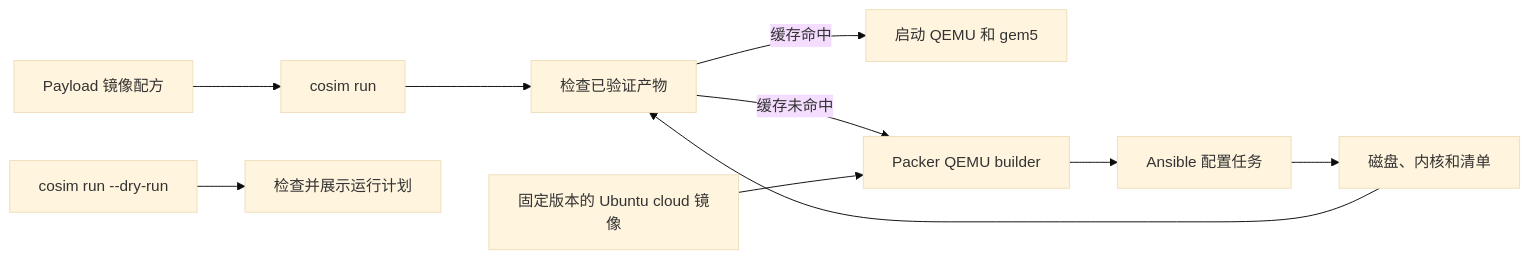
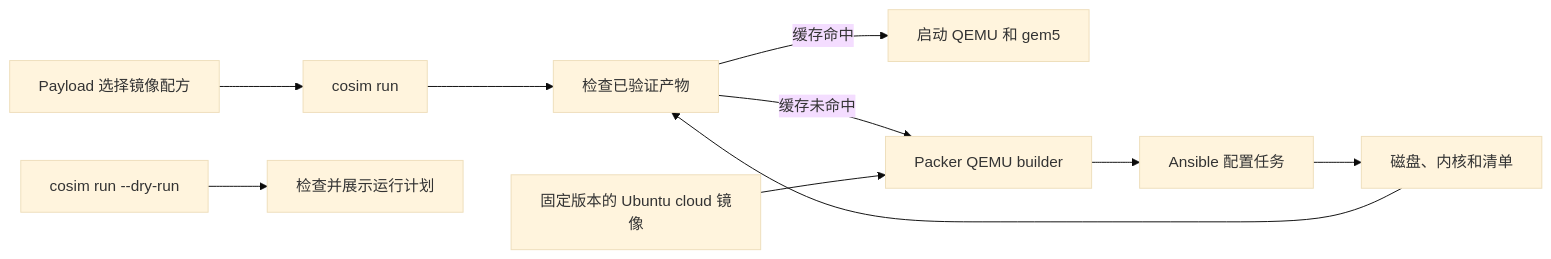
The diagram in docs/zh/rocm-image.md (chengchen512/cosim-gpu), drawn with Mermaid (base theme) before and after one commit. The commit also changed other lines of this file and 20 other files, not shown here.

````diff
--- a/docs/zh/rocm-image.md
+++ b/docs/zh/rocm-image.md
@@ -14,12 +14,12 @@
 ```mermaid
 flowchart LR
-    Y[Payload 镜像配方] --> C[cosim run]
+    Y[Payload 选择镜像配方] --> C[cosim run]
     C --> V[检查已验证产物]
     V -->|缓存命中| Q[启动 QEMU 和 gem5]
     V -->|缓存未命中| P[Packer QEMU builder]
     B[固定版本的 Ubuntu cloud 镜像] --> P
     P --> A[Ansible 配置任务]
     A --> O[磁盘、内核和清单]
     O --> V
     D[cosim run --dry-run] --> R[检查并展示运行计划]
 ```
````
